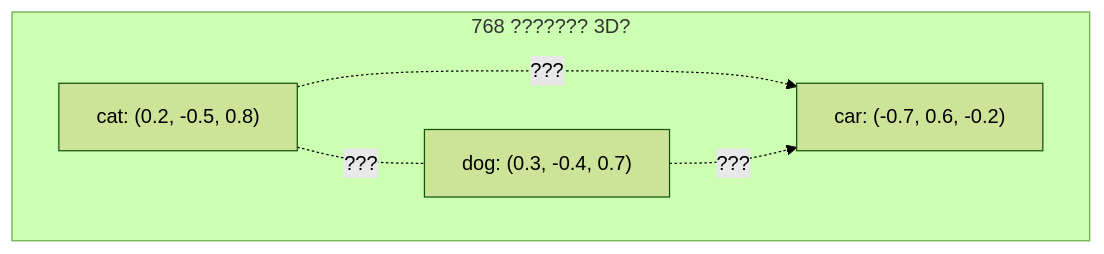
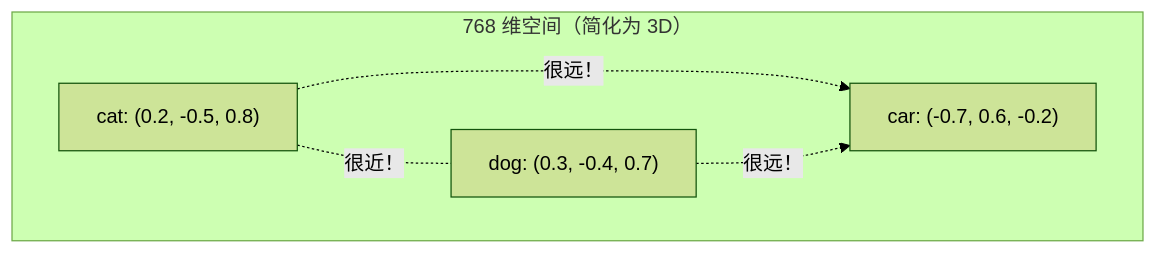
Before and after one commit to chenpan459/largeModels: the diagram in 02-训练/how-to-train-your-gpt/chapters_ch/03_embeddings.md, drawn with Mermaid (forest theme). The commit also changed other lines of this file and 14 other files, not shown here.

````diff
--- a/02-训练/how-to-train-your-gpt/chapters_ch/03_embeddings.md
+++ b/02-训练/how-to-train-your-gpt/chapters_ch/03_embeddings.md
@@ -13,11 +13,11 @@
 ```mermaid
 graph TD
-    subgraph "768 ??????? 3D?"
+    subgraph "768 维空间（简化为 3D）"
         A["cat: (0.2, -0.5, 0.8)"]
         B["dog: (0.3, -0.4, 0.7)"]
         C["car: (-0.7, 0.6, -0.2)"]
     end
-    A -. "???" .- B
-    A -."???".-> C
-    B -."???".-> C
+    A -. "很近！" .- B
+    A -."很远！".-> C
+    B -."很远！".-> C
 ```
````
